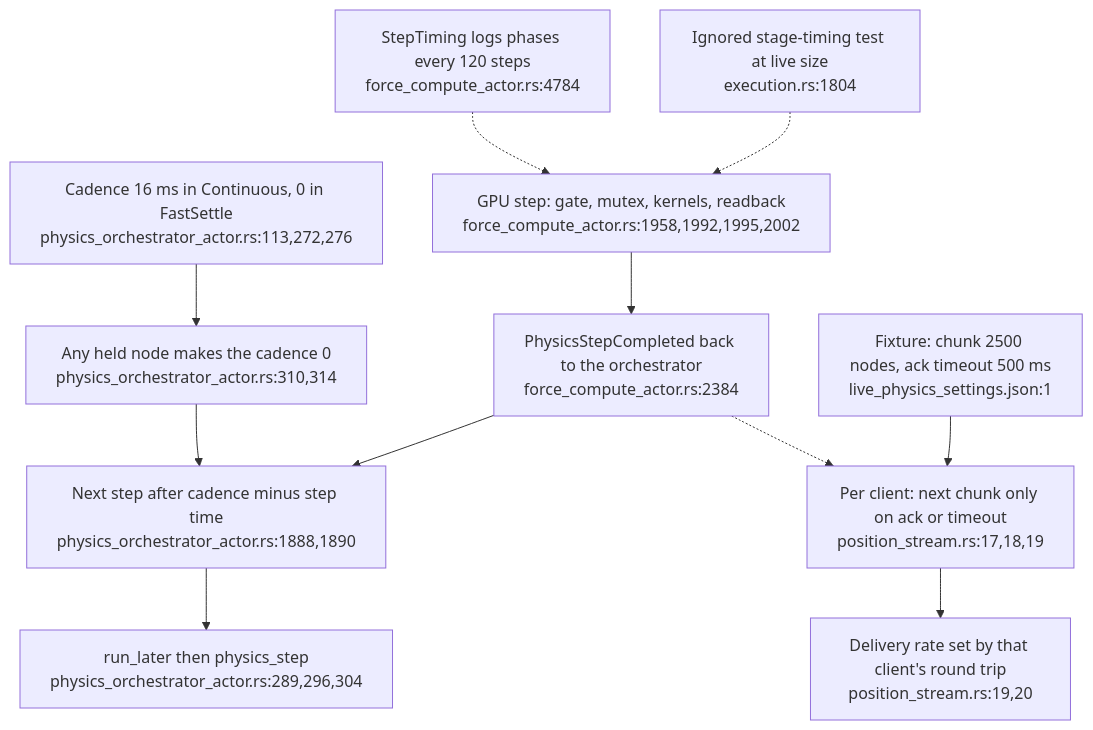
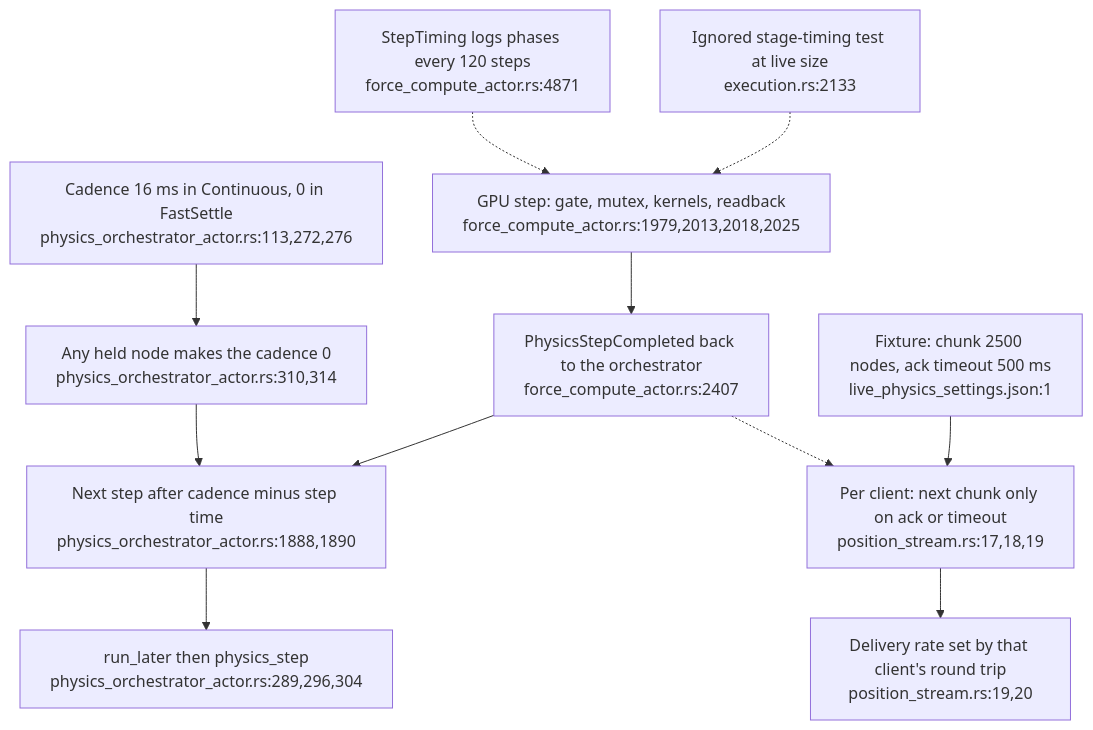
One commit to DreamLab-AI/VisionFlow changed the second of 4 diagrams in docs/diagrams/visionclaw/54-layout-mode-step-cadence-and-settle.md. Above: the diagram before and after it, drawn with Mermaid. The commit also changed other lines of this file and 173 other files, not shown here.

````diff
--- a/docs/diagrams/visionclaw/54-layout-mode-step-cadence-and-settle.md
+++ b/docs/diagrams/visionclaw/54-layout-mode-step-cadence-and-settle.md
@@ -51,13 +51,13 @@
 ```mermaid
 flowchart TD
     MODE["Cadence 16 ms in Continuous, 0 in FastSettle<br/>physics_orchestrator_actor.rs:113,272,276"] --> EFF["Any held node makes the cadence 0<br/>physics_orchestrator_actor.rs:310,314"]
-    STEP["GPU step: gate, mutex, kernels, readback<br/>force_compute_actor.rs:1958,1992,1995,2002"] --> DONE["PhysicsStepCompleted back to the orchestrator<br/>force_compute_actor.rs:2384"]
+    STEP["GPU step: gate, mutex, kernels, readback<br/>force_compute_actor.rs:1979,2013,2018,2025"] --> DONE["PhysicsStepCompleted back to the orchestrator<br/>force_compute_actor.rs:2407"]
     DONE --> NEXT["Next step after cadence minus step time<br/>physics_orchestrator_actor.rs:1888,1890"]
     EFF --> NEXT
     NEXT --> RUN["run_later then physics_step<br/>physics_orchestrator_actor.rs:289,296,304"]
-    TIMING["StepTiming logs phases every 120 steps<br/>force_compute_actor.rs:4784"] -.-> STEP
-    BENCH["Ignored stage-timing test at live size<br/>execution.rs:1804"] -.-> STEP
+    TIMING["StepTiming logs phases every 120 steps<br/>force_compute_actor.rs:4871"] -.-> STEP
+    BENCH["Ignored stage-timing test at live size<br/>execution.rs:2133"] -.-> STEP
     STREAM["Per client: next chunk only on ack or timeout<br/>position_stream.rs:17,18,19"] --> RATE["Delivery rate set by that client's round trip<br/>position_stream.rs:19,20"]
     CFG["Fixture: chunk 2500 nodes, ack timeout 500 ms<br/>live_physics_settings.json:1"] --> STREAM
     DONE -.-> STREAM
 ```
````
